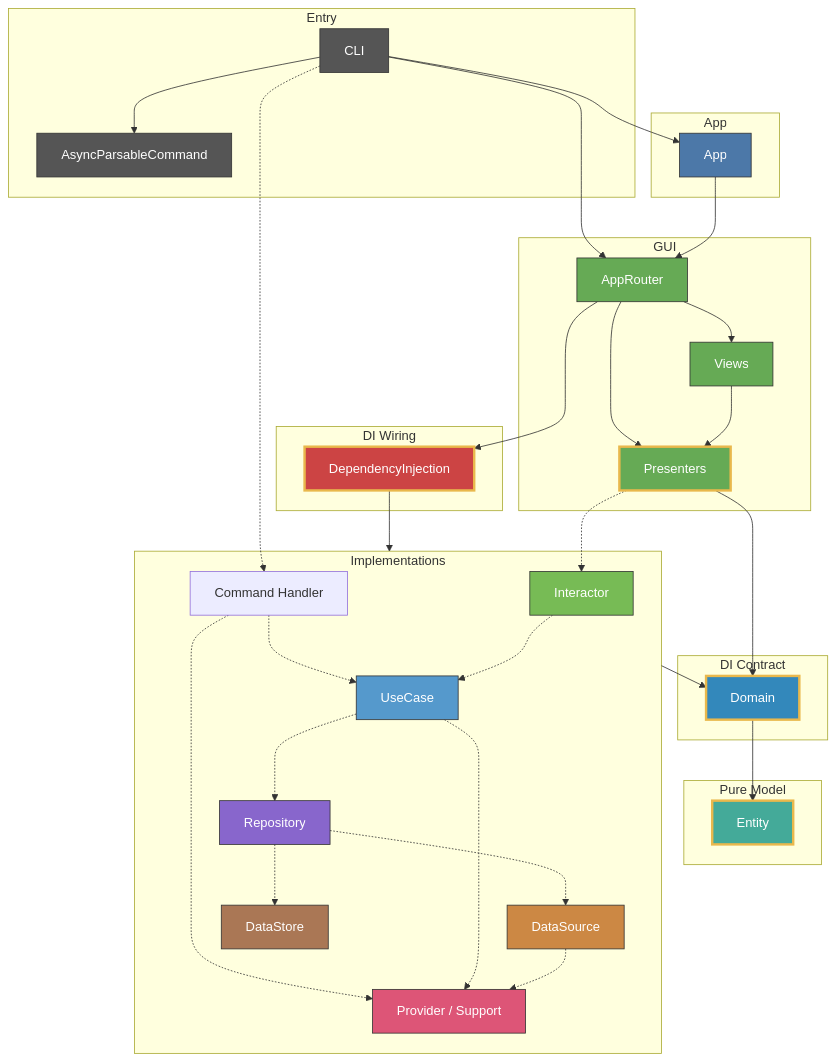
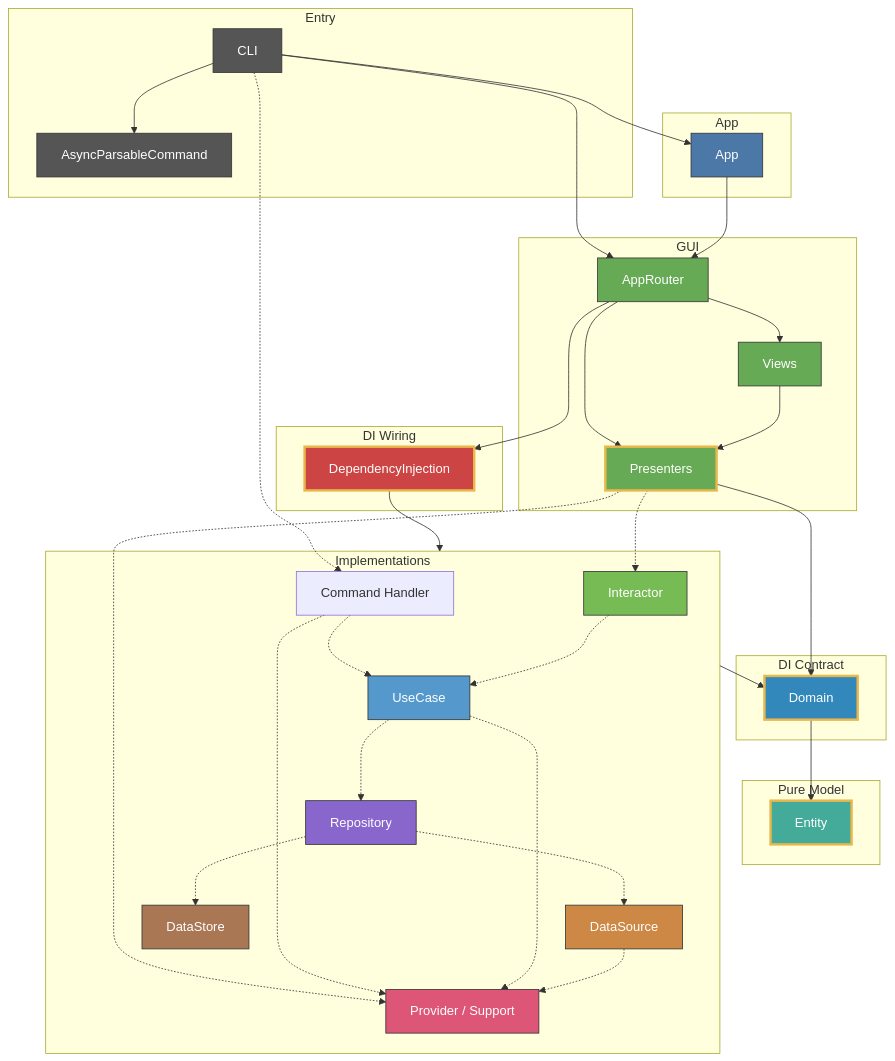
Before and after one commit to GeneralD/lyra: the first of 3 diagrams in docs/ARCHITECTURE.md, drawn with Mermaid. The commit also changed other lines of this file, not shown here.

First line of the commit message:
docs(#340): ARCHITECTURE.md の図から漏れていた Domain 要素を補完

````diff
--- a/docs/ARCHITECTURE.md
+++ b/docs/ARCHITECTURE.md
@@ -16,72 +16,72 @@
 ```mermaid
 graph TD
     subgraph Entry
         CLI[CLI]
         AsyncParsableCommand[AsyncParsableCommand]
     end
 
     subgraph AppLayer["App"]
         App[App]
     end
 
     subgraph GUI
         AppRouter[AppRouter]
         Views[Views]
         Presenters[Presenters]
     end
 
     subgraph DI Wiring
         DependencyInjection[DependencyInjection]
     end
 
     subgraph DI Contract
         Domain[Domain]
     end
 
     subgraph Pure Model
         Entity[Entity]
     end
 
     subgraph Implementations
         CommandHandler[Command Handler]
         Interactor[Interactor]
         UseCase[UseCase]
         Repository[Repository]
         DataSource[DataSource]
         DataStore[DataStore]
         Support[Provider / Support]
     end
 
     CLI --> App & AppRouter & AsyncParsableCommand
     App --> AppRouter
     AppRouter --> Views & Presenters & DependencyInjection
     DependencyInjection --> Implementations
     Views --> Presenters
     Presenters --> Domain
     Implementations --> Domain
     Domain --> Entity
 
     CLI -.-> CommandHandler
-    Presenters -.-> Interactor
+    Presenters -.-> Interactor & Support
     CommandHandler -.-> UseCase & Support
     Interactor -.-> UseCase
     UseCase -.-> Repository & Support
     Repository -.-> DataSource & DataStore
     DataSource -.-> Support
 
     style AsyncParsableCommand fill:#555,stroke:#333,color:#fff
     style CLI fill:#555,stroke:#333,color:#fff
     style App fill:#4c78a8,stroke:#333,color:#fff
     style AppRouter fill:#6a5,stroke:#333,color:#fff
     style Views fill:#6a5,stroke:#333,color:#fff
     style Presenters fill:#6a5,stroke:#E9B84C,stroke-width:3px,color:#fff
     style DependencyInjection fill:#c44,stroke:#E9B84C,stroke-width:3px,color:#fff
     style Entity fill:#4a9,stroke:#E9B84C,stroke-width:3px,color:#fff
     style Domain fill:#38b,stroke:#E9B84C,stroke-width:3px,color:#fff
     style Interactor fill:#7b5,stroke:#333,color:#fff
     style UseCase fill:#59c,stroke:#333,color:#fff
     style Repository fill:#86c,stroke:#333,color:#fff
     style DataSource fill:#c84,stroke:#333,color:#fff
     style Support fill:#d57,stroke:#333,color:#fff
     style DataStore fill:#a75,stroke:#333,color:#fff
 ```
````
